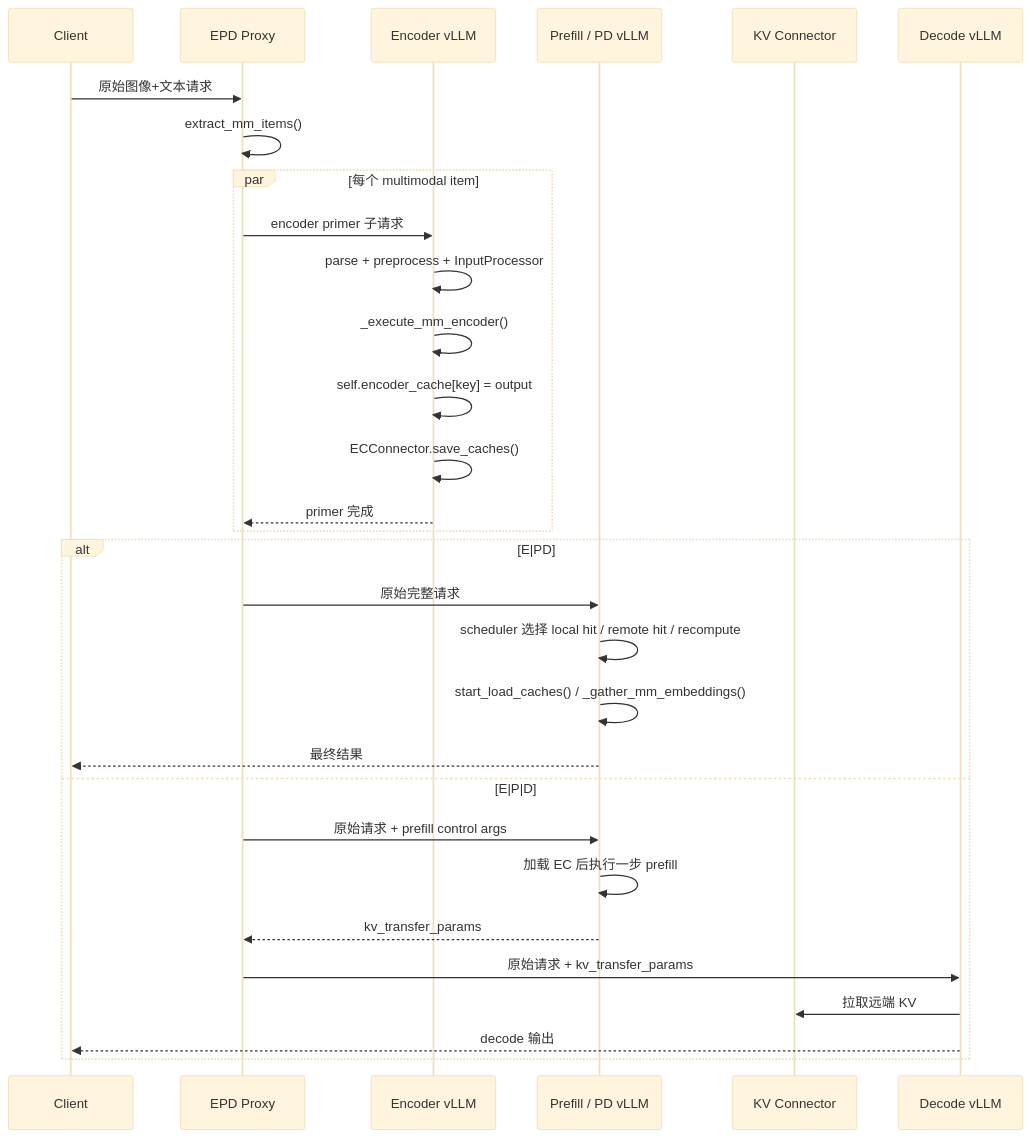
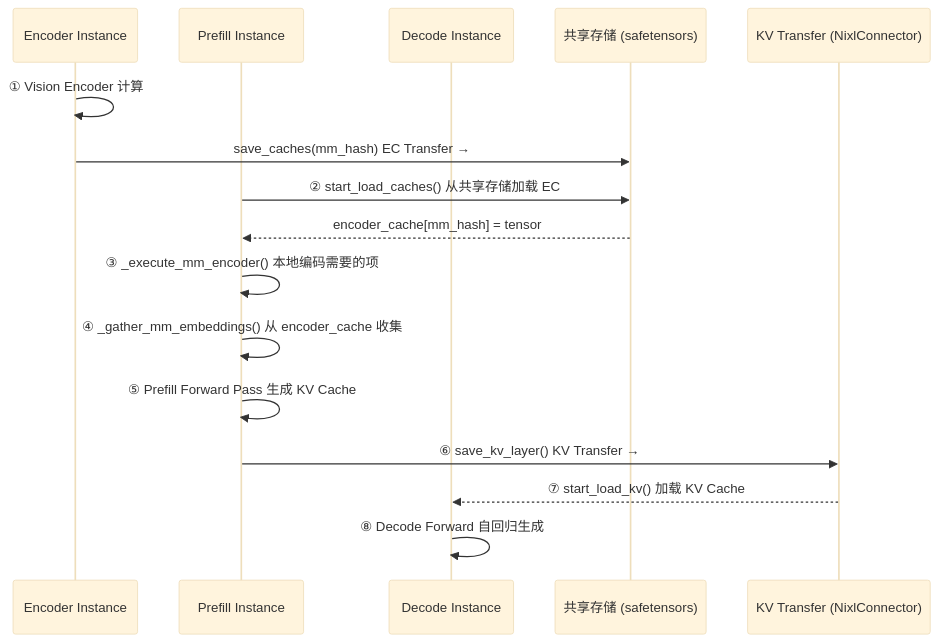
The tenth of 18 diagrams in src/content/blog/others/inside-vllm-epd-disaggregated-encoder-prefill-decode.md (yuanlehome/blog), drawn with Mermaid (base theme) before and after one commit. The commit also changed other lines of this file, not shown here.

Commit message:
update inside-vllm-epd-disaggregated-encoder-prefill-decode

````diff
--- a/src/content/blog/others/inside-vllm-epd-disaggregated-encoder-prefill-decode.md
+++ b/src/content/blog/others/inside-vllm-epd-disaggregated-encoder-prefill-decode.md
@@ -280,35 +1682,23 @@
 ```mermaid
 sequenceDiagram
-  participant C as Client
-  participant X as EPD Proxy
-  participant E as Encoder vLLM
-  participant P as Prefill / PD vLLM
-  participant K as KV Connector
-  participant D as Decode vLLM
+    participant E as Encoder Instance
+    participant P as Prefill Instance
+    participant D as Decode Instance
+    participant ES as 共享存储 (safetensors)
+    participant KV as KV Transfer (NixlConnector)
 
-  C->>X: 原始图像+文本请求
-  X->>X: extract_mm_items()
+    E->>E: ① Vision Encoder 计算
+    E->>ES: save_caches(mm_hash) EC Transfer →
 
-  par 每个 multimodal item
-    X->>E: encoder primer 子请求
-    E->>E: parse + preprocess + InputProcessor
-    E->>E: _execute_mm_encoder()
-    E->>E: self.encoder_cache[key] = output
-    E->>E: ECConnector.save_caches()
-    E-->>X: primer 完成
-  end
+    P->>ES: ② start_load_caches() 从共享存储加载 EC
+    ES-->>P: encoder_cache[mm_hash] = tensor
 
-  alt E|PD
-    X->>P: 原始完整请求
-    P->>P: scheduler 选择 local hit / remote hit / recompute
-    P->>P: start_load_caches() / _gather_mm_embeddings()
-    P-->>C: 最终结果
-  else E|P|D
-    X->>P: 原始请求 + prefill control args
-    P->>P: 加载 EC 后执行一步 prefill
-    P-->>X: kv_transfer_params
-    X->>D: 原始请求 + kv_transfer_params
-    D->>K: 拉取远端 KV
-    D-->>C: decode 输出
-  end
+    P->>P: ③ _execute_mm_encoder() 本地编码需要的项
+    P->>P: ④ _gather_mm_embeddings() 从 encoder_cache 收集
+    P->>P: ⑤ Prefill Forward Pass 生成 KV Cache
+
+    P->>KV: ⑥ save_kv_layer() KV Transfer →
+    KV-->>D: ⑦ start_load_kv() 加载 KV Cache
+
+    D->>D: ⑧ Decode Forward 自回归生成
 ```
````
